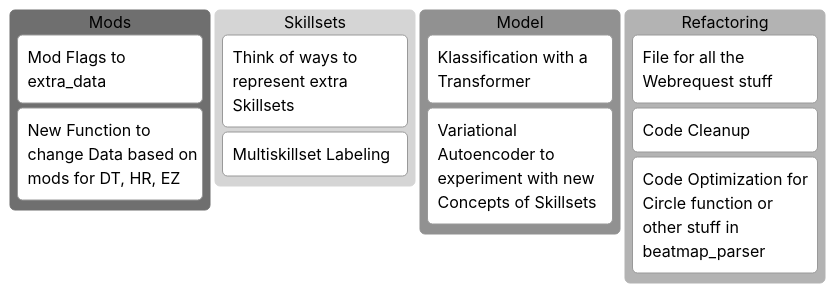
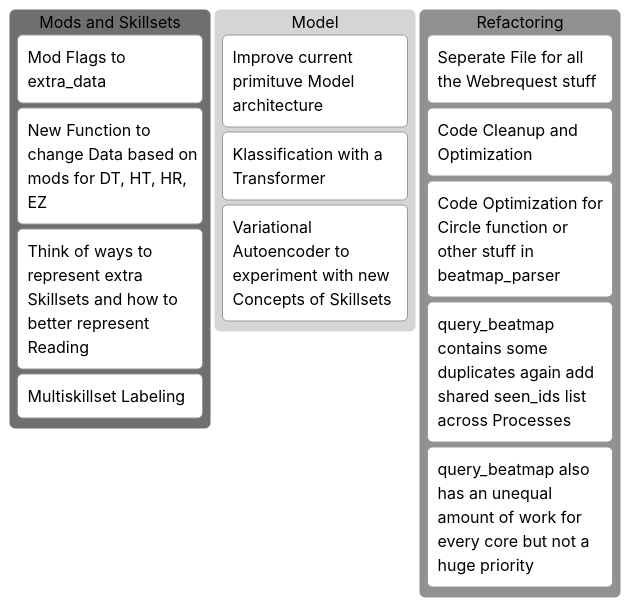
The diagram in README.md (Ezius/osu-Skillsets-Classification), drawn with Mermaid (neutral theme) before and after one commit. The commit also changed 1 other file, not shown here.

````diff
--- a/README.md
+++ b/README.md
@@ -5,19 +5,21 @@
 ``` mermaid
 kanban
-    Mods
+    Mods and Skillsets
         Mod Flags to extra_data
-        New Function to change Data based on mods for DT, HR, EZ
-
-    Skillsets
-        Think of ways to represent extra  Skillsets
+        New Function to change Data based on mods for DT, HT, HR, EZ
+        Think of ways to represent extra Skillsets and how to better represent Reading
         Multiskillset Labeling
 
     Model
+        Improve current primituve Model architecture
         Klassification with a Transformer
         Variational Autoencoder to experiment with new Concepts of Skillsets
 
     Refactoring
-        File for all the Webrequest stuff
-        Code Cleanup
+        Seperate File for all the Webrequest stuff
+        Code Cleanup and Optimization
         Code Optimization for Circle function or other stuff in beatmap_parser
+        query_beatmap contains some duplicates again add shared seen_ids list across Processes
+        query_beatmap also has an unequal amount of work for every core but not a huge priority
+        
 ```
````
